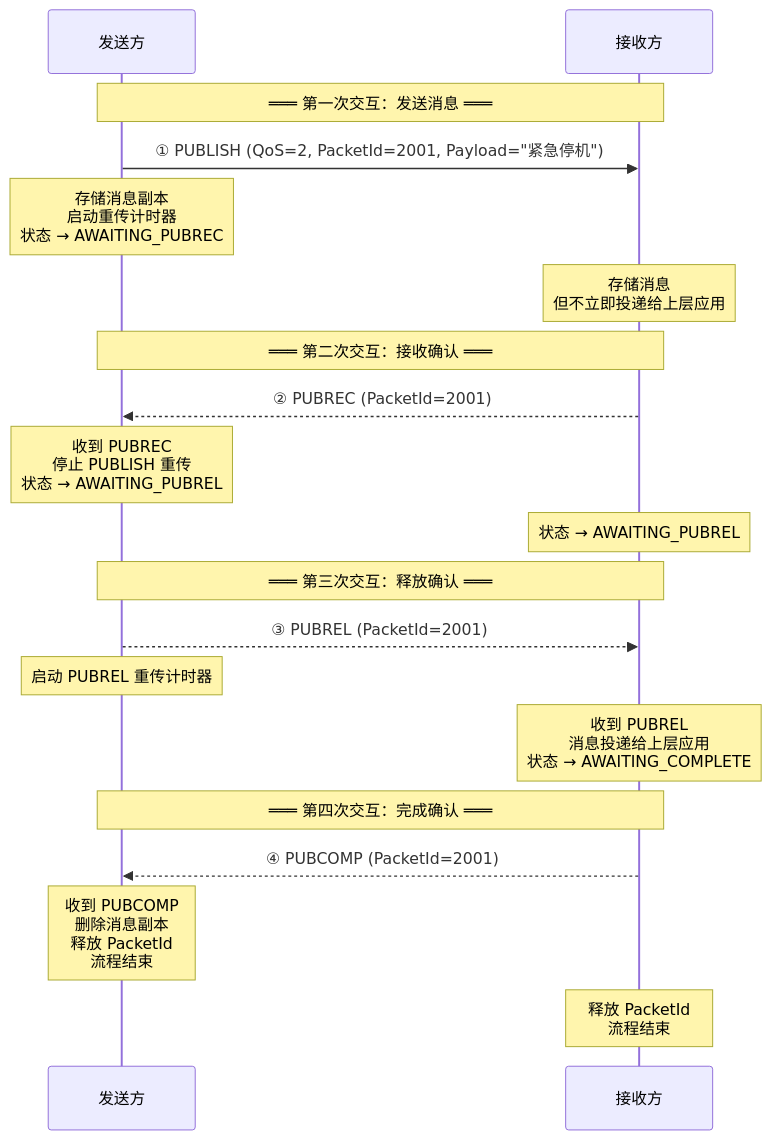
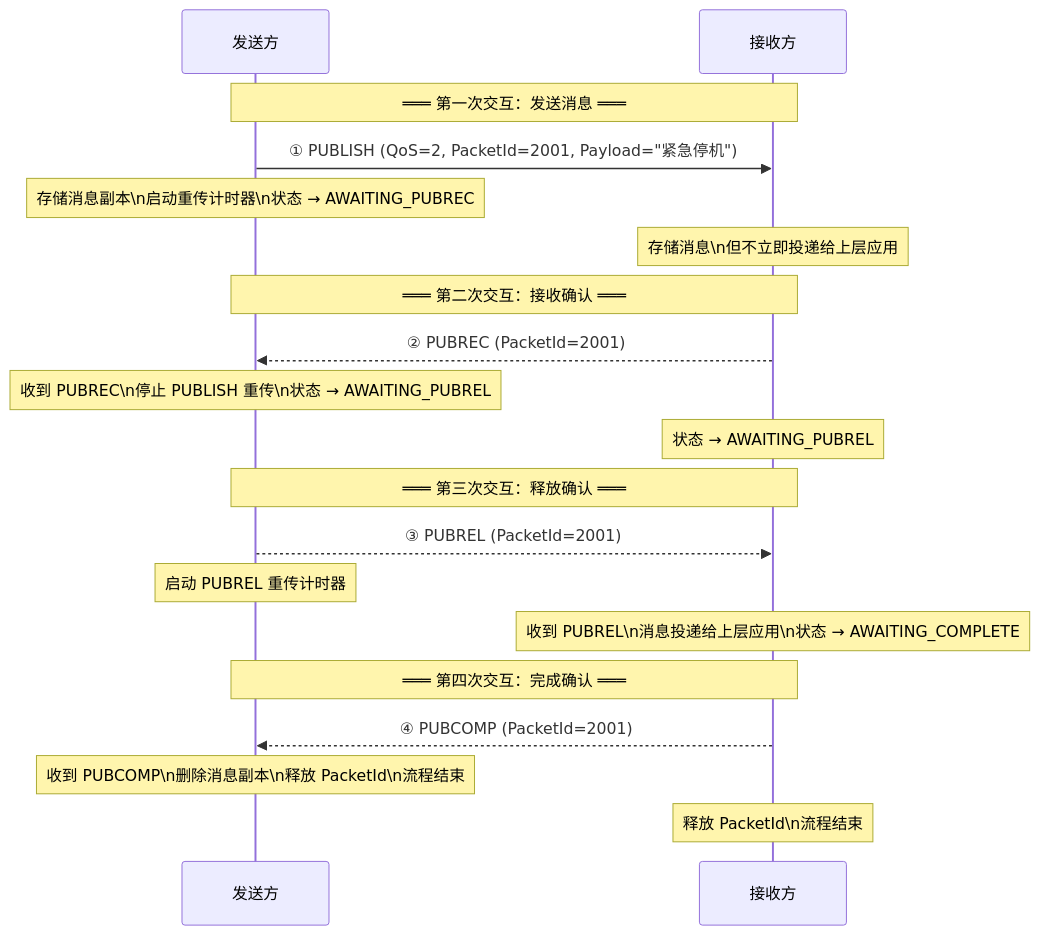
Before and after one commit to yaocat55/yaocat55.github.io: the seventh of 10 diagrams in content/posts/iot/MqttFundamentals.md, drawn with Mermaid. The commit also changed other lines of this file and 155 other files, not shown here.

````diff
--- a/content/posts/iot/MqttFundamentals.md
+++ b/content/posts/iot/MqttFundamentals.md
@@ -319,25 +319,25 @@
 ```mermaid
 sequenceDiagram
     participant SENDER as 发送方
     participant RECEIVER as 接收方
 
     Note over SENDER,RECEIVER: ═══ 第一次交互：发送消息 ═══
     SENDER->>RECEIVER: ① PUBLISH (QoS=2, PacketId=2001, Payload="紧急停机")
-    Note over SENDER: 存储消息副本<br/>启动重传计时器<br/>状态 → AWAITING_PUBREC
-    Note over RECEIVER: 存储消息<br/>但不立即投递给上层应用
+    Note over SENDER: 存储消息副本\n启动重传计时器\n状态 → AWAITING_PUBREC
+    Note over RECEIVER: 存储消息\n但不立即投递给上层应用
 
     Note over SENDER,RECEIVER: ═══ 第二次交互：接收确认 ═══
     RECEIVER-->>SENDER: ② PUBREC (PacketId=2001)
-    Note over SENDER: 收到 PUBREC<br/>停止 PUBLISH 重传<br/>状态 → AWAITING_PUBREL
+    Note over SENDER: 收到 PUBREC\n停止 PUBLISH 重传\n状态 → AWAITING_PUBREL
     Note over RECEIVER: 状态 → AWAITING_PUBREL
 
     Note over SENDER,RECEIVER: ═══ 第三次交互：释放确认 ═══
     SENDER-->>RECEIVER: ③ PUBREL (PacketId=2001)
     Note over SENDER: 启动 PUBREL 重传计时器
-    Note over RECEIVER: 收到 PUBREL<br/>消息投递给上层应用<br/>状态 → AWAITING_COMPLETE
+    Note over RECEIVER: 收到 PUBREL\n消息投递给上层应用\n状态 → AWAITING_COMPLETE
 
     Note over SENDER,RECEIVER: ═══ 第四次交互：完成确认 ═══
     RECEIVER-->>SENDER: ④ PUBCOMP (PacketId=2001)
-    Note over SENDER: 收到 PUBCOMP<br/>删除消息副本<br/>释放 PacketId<br/>流程结束
-    Note over RECEIVER: 释放 PacketId<br/>流程结束
+    Note over SENDER: 收到 PUBCOMP\n删除消息副本\n释放 PacketId\n流程结束
+    Note over RECEIVER: 释放 PacketId\n流程结束
 ```
````
